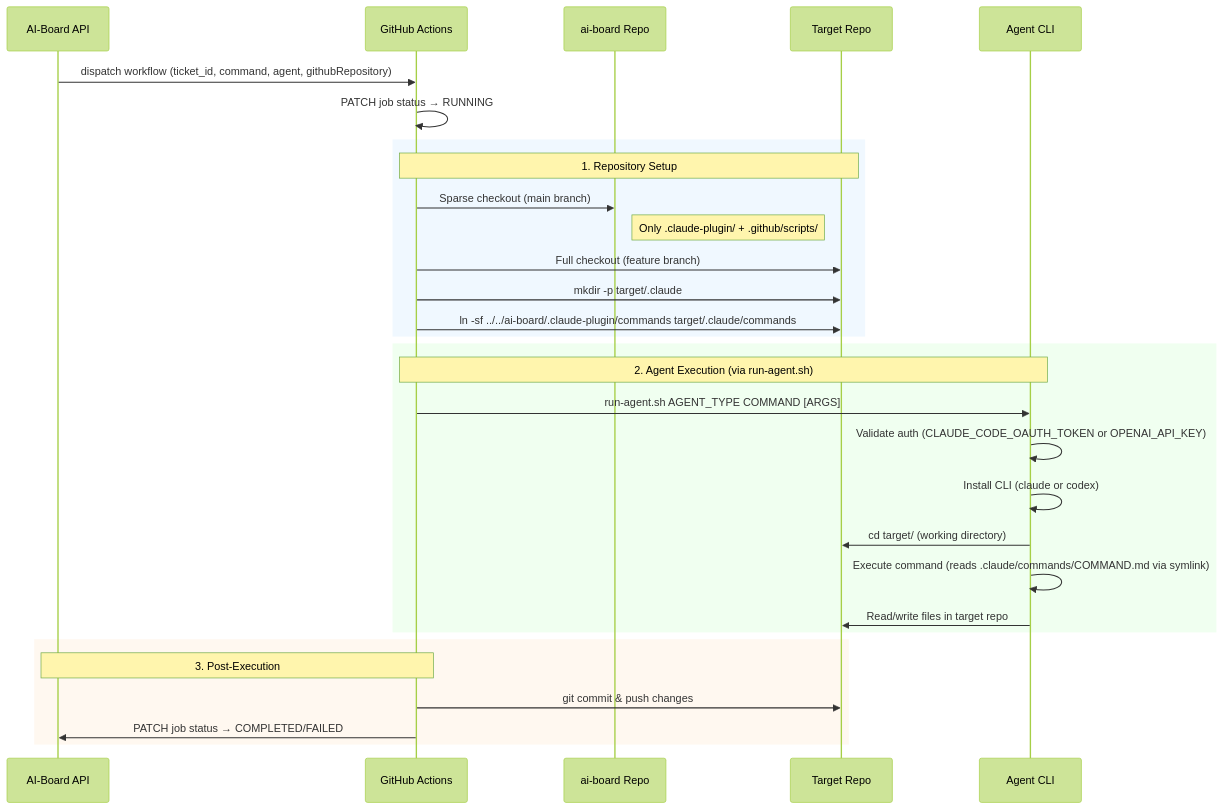
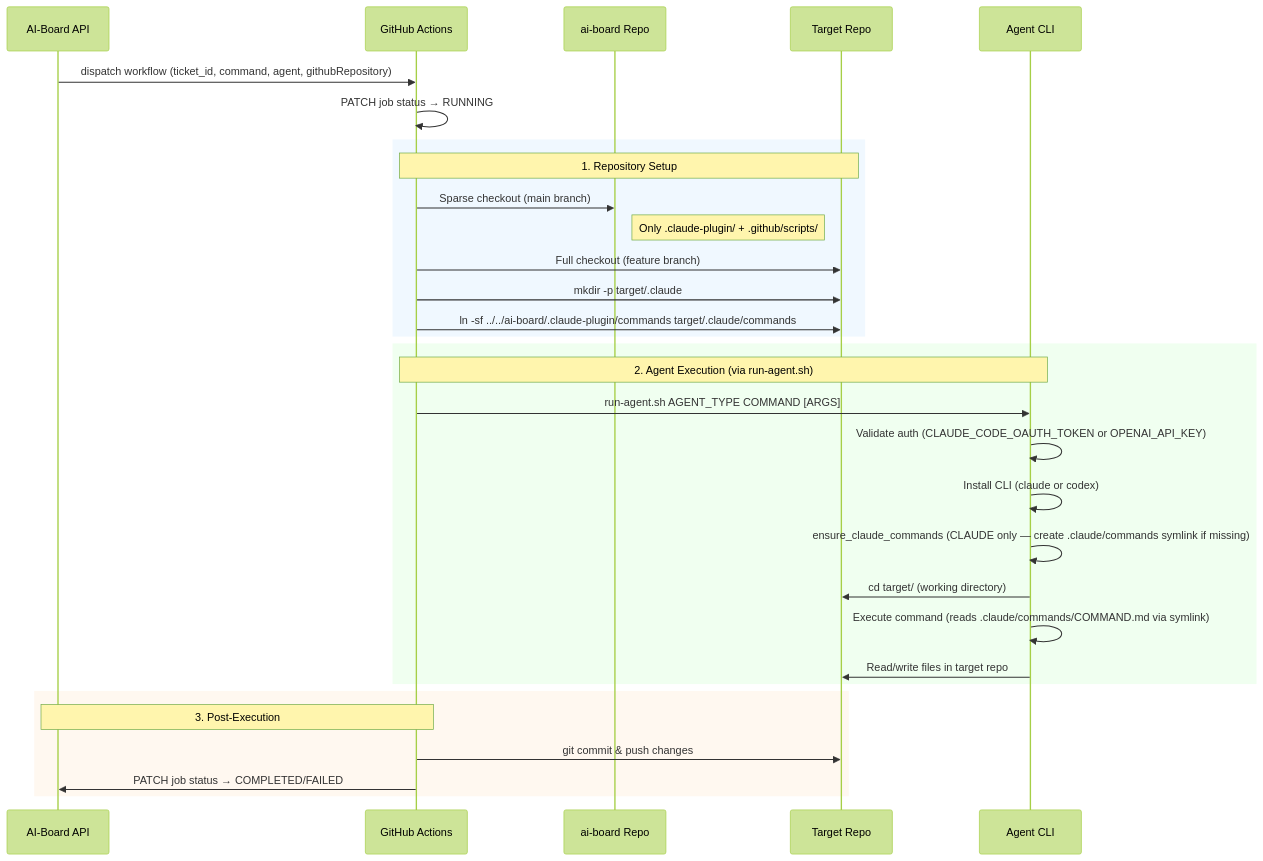
Before and after one commit to bfernandez31/ai-board: the diagram in specs/specifications/technical/implementation/plugin-architecture.md, drawn with Mermaid (forest theme). The commit also changed other lines of this file and 4 other files, not shown here.

````diff
--- a/specs/specifications/technical/implementation/plugin-architecture.md
+++ b/specs/specifications/technical/implementation/plugin-architecture.md
@@ -174,36 +174,37 @@
 ```mermaid
 sequenceDiagram
     participant API as AI-Board API
     participant GH as GitHub Actions
     participant AIB as ai-board Repo
     participant TGT as Target Repo
     participant CLI as Agent CLI
 
     API->>GH: dispatch workflow (ticket_id, command, agent, githubRepository)
     GH->>GH: PATCH job status → RUNNING
 
     rect rgb(240, 248, 255)
         Note over GH,TGT: 1. Repository Setup
         GH->>AIB: Sparse checkout (main branch)
         Note right of AIB: Only .claude-plugin/ + .github/scripts/
         GH->>TGT: Full checkout (feature branch)
         GH->>TGT: mkdir -p target/.claude
         GH->>TGT: ln -sf ../../ai-board/.claude-plugin/commands target/.claude/commands
     end
 
     rect rgb(240, 255, 240)
         Note over GH,CLI: 2. Agent Execution (via run-agent.sh)
         GH->>CLI: run-agent.sh AGENT_TYPE COMMAND [ARGS]
         CLI->>CLI: Validate auth (CLAUDE_CODE_OAUTH_TOKEN or OPENAI_API_KEY)
         CLI->>CLI: Install CLI (claude or codex)
+        CLI->>CLI: ensure_claude_commands (CLAUDE only — create .claude/commands symlink if missing)
         CLI->>TGT: cd target/ (working directory)
         CLI->>CLI: Execute command (reads .claude/commands/COMMAND.md via symlink)
         CLI->>TGT: Read/write files in target repo
     end
 
     rect rgb(255, 248, 240)
         Note over GH,API: 3. Post-Execution
         GH->>TGT: git commit & push changes
         GH->>API: PATCH job status → COMPLETED/FAILED
     end
 ```
````
